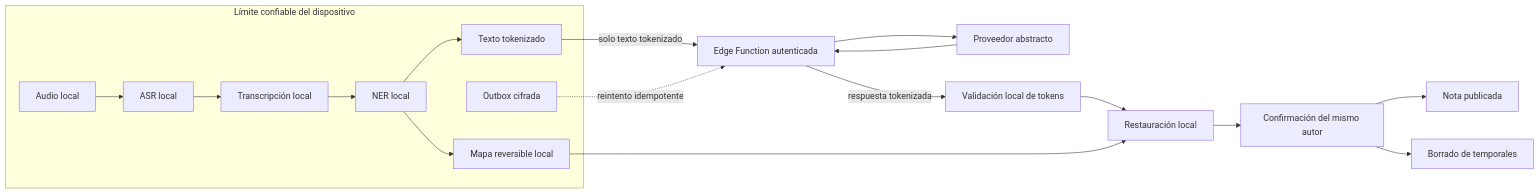
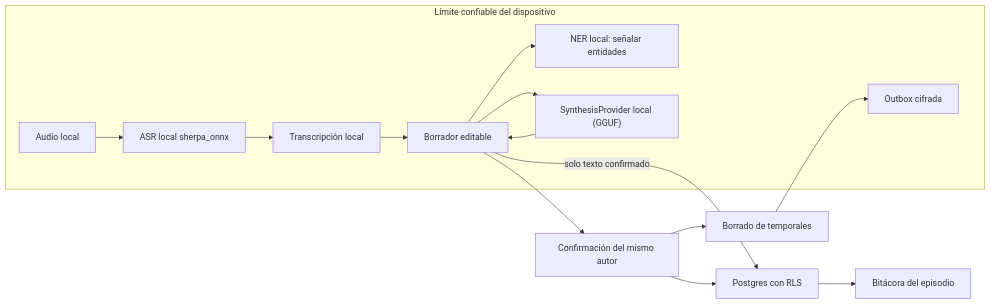
One commit to panxoyk/carer-record-app changed the diagram in docs/foundation/09-audio-ai-ner.md. Above: the diagram before and after it, drawn with Mermaid. The commit also changed other lines of this file and 17 other files, not shown here.

Commit message:
docs: close the ASR and synthesis foundation against the implemented cut

````diff
--- a/docs/foundation/09-audio-ai-ner.md
+++ b/docs/foundation/09-audio-ai-ner.md
@@ -27,21 +30,18 @@
 ```mermaid
 flowchart LR
   subgraph Dispositivo["Límite confiable del dispositivo"]
-    A["Audio local"] --> B["ASR local"]
+    A["Audio local"] --> B["ASR local sherpa_onnx"]
     B --> C["Transcripción local"]
-    C --> D["NER local"]
-    D --> E["Texto tokenizado"]
-    D --> M["Mapa reversible local"]
+    C --> D["Borrador editable"]
+    D --> E["NER local: señalar entidades"]
+    D --> F["SynthesisProvider local (GGUF)"]
+    F --> D
     O["Outbox cifrada"]
   end
-  E -->|"solo texto tokenizado"| F["Edge Function autenticada"]
-  F --> G["Proveedor abstracto"]
-  G --> F
-  F -->|"respuesta tokenizada"| H["Validación local de tokens"]
-  H --> I["Restauración local"]
-  M --> I
-  O -.->|"reintento idempotente"| F
-  I --> J["Confirmación del mismo autor"]
-  J --> K["Nota publicada"]
-  J --> L["Borrado de temporales"]
+  D -->|"solo texto confirmado"| G["Postgres con RLS"]
+  G --> H["Bitácora del episodio"]
+  D --> I["Confirmación del mismo autor"]
+  I --> G
+  I --> J["Borrado de temporales"]
+  J --> O
 ```
````
